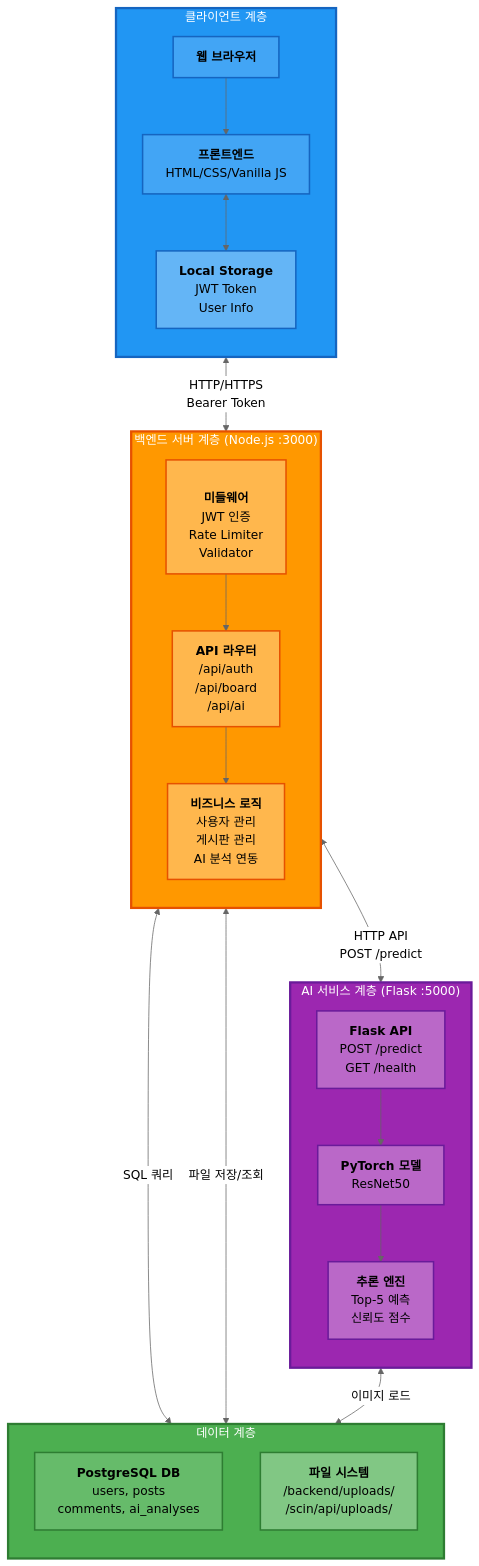
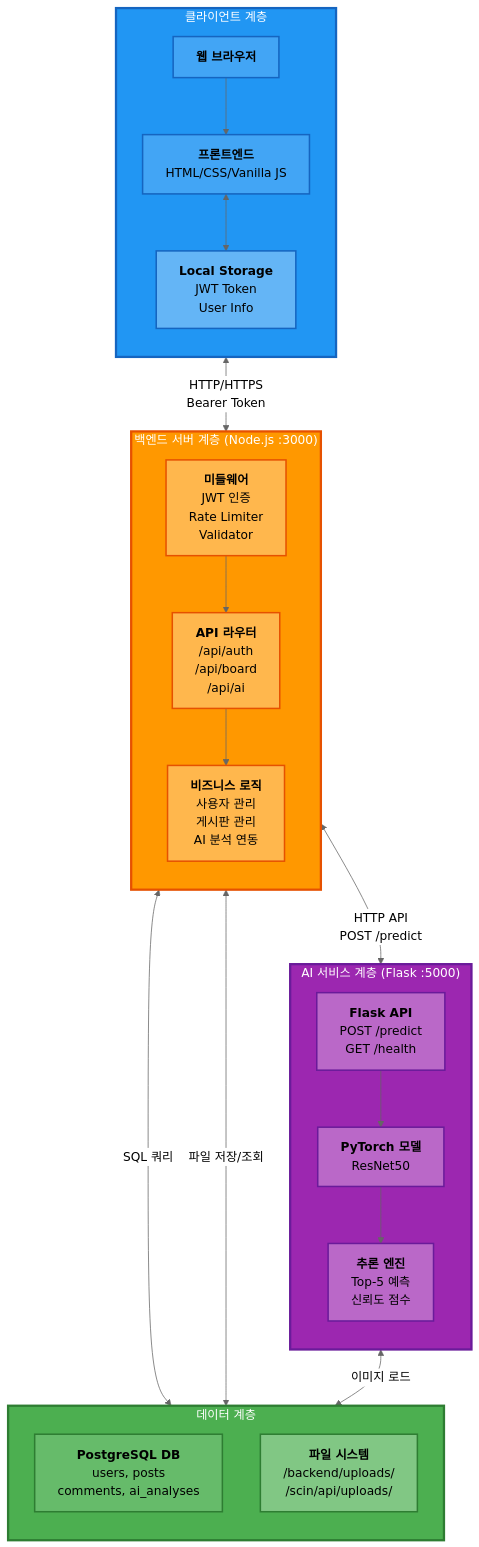
The first of 12 diagrams in Architecture.md (kyoe-23/DeepLearning_project), drawn with Mermaid (neutral theme) before and after one commit.

Commit message:
수정 복구

````diff
--- a/Architecture.md
+++ b/Architecture.md
@@ -36,56 +36,56 @@
 ```mermaid
 graph TB
     subgraph CLIENT["클라이언트 계층"]
         direction TB
         BROWSER["<b>웹 브라우저</b>"]
         FE["<b>프론트엔드</b><br/>HTML/CSS/Vanilla JS"]
         STORAGE["<b>Local Storage</b><br/>JWT Token<br/>User Info"]
         BROWSER --> FE
         FE <--> STORAGE
     end
 
     subgraph BACKEND["백엔드 서버 계층 (Node.js :3000)"]
         direction TB
-        MW["<br><b>미들웨어</b><br/> JWT 인증<br/> Rate Limiter<br/> Validator"]
+        MW["<b>미들웨어</b><br/> JWT 인증<br/> Rate Limiter<br/> Validator"]
         ROUTES["<b>API 라우터</b><br/> /api/auth<br/> /api/board<br/> /api/ai"]
         SERVICES["<b>비즈니스 로직</b><br/>사용자 관리<br/>게시판 관리<br/>AI 분석 연동"]
         MW --> ROUTES --> SERVICES
     end
 
     subgraph AI_SERVICE["AI 서비스 계층 (Flask :5000)"]
         direction TB
         FLASK["<b>Flask API</b><br/>POST /predict<br/>GET /health"]
         MODEL["<b>PyTorch 모델</b><br/>ResNet50"]
         INFERENCE["<b>추론 엔진</b><br/>Top-5 예측<br/>신뢰도 점수"]
         FLASK --> MODEL --> INFERENCE
     end
 
     subgraph DATA["데이터 계층"]
         direction TB
         POSTGRES["<b>PostgreSQL DB</b><br/>users, posts<br/>comments, ai_analyses"]
         FILES["<b>파일 시스템</b><br/>/backend/uploads/<br/>/scin/api/uploads/"]
     end
 
     CLIENT <-->|"HTTP/HTTPS<br/>Bearer Token"| BACKEND
     BACKEND <-->|"SQL 쿼리"| POSTGRES
     BACKEND <-->|"파일 저장/조회"| FILES
     BACKEND <-->|"HTTP API<br/>POST /predict"| AI_SERVICE
     AI_SERVICE <-->|"이미지 로드"| FILES
 
     style CLIENT fill:#2196F3,stroke:#1565C0,stroke-width:3px,color:#fff
     style BACKEND fill:#FF9800,stroke:#E65100,stroke-width:3px,color:#fff
     style AI_SERVICE fill:#9C27B0,stroke:#6A1B9A,stroke-width:3px,color:#fff
     style DATA fill:#4CAF50,stroke:#2E7D32,stroke-width:3px,color:#fff
 
     style BROWSER fill:#42A5F5,stroke:#1565C0,stroke-width:2px,color:#000
     style FE fill:#42A5F5,stroke:#1565C0,stroke-width:2px,color:#000
     style STORAGE fill:#64B5F6,stroke:#1565C0,stroke-width:2px,color:#000
     style MW fill:#FFB74D,stroke:#E65100,stroke-width:2px,color:#000
     style ROUTES fill:#FFB74D,stroke:#E65100,stroke-width:2px,color:#000
     style SERVICES fill:#FFB74D,stroke:#E65100,stroke-width:2px,color:#000
     style FLASK fill:#BA68C8,stroke:#6A1B9A,stroke-width:2px,color:#000
     style MODEL fill:#BA68C8,stroke:#6A1B9A,stroke-width:2px,color:#000
     style INFERENCE fill:#BA68C8,stroke:#6A1B9A,stroke-width:2px,color:#000
     style POSTGRES fill:#66BB6A,stroke:#2E7D32,stroke-width:2px,color:#000
     style FILES fill:#81C784,stroke:#2E7D32,stroke-width:2px,color:#000
 ```
````
